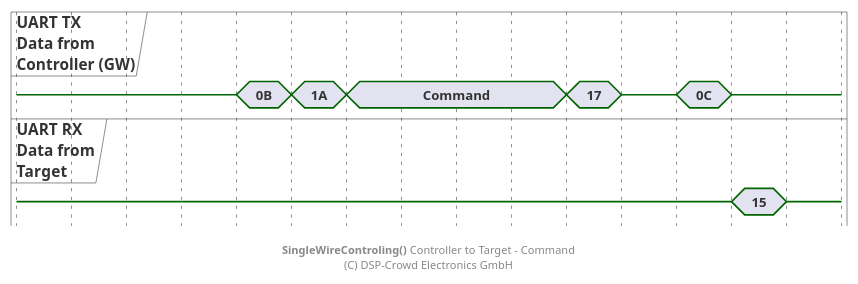
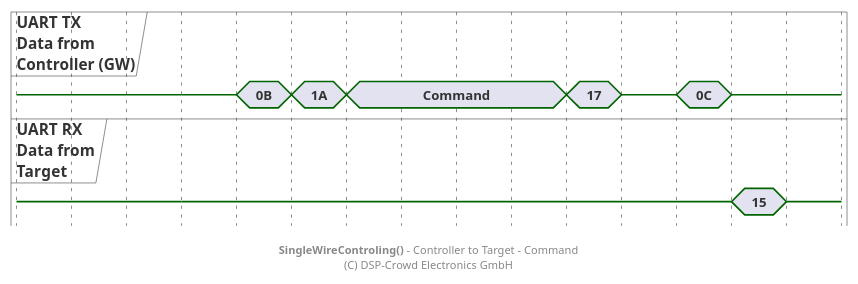
One commit to NoOrientationProgramming/code-orb changed the diagram in doc/system/protocol/B0_swt-ctrl-to-target_cmd.pu. Above: the diagram before and after it, drawn with PlantUML. The commit also changed 15 other files, not shown here.

```diff
--- a/doc/system/protocol/B0_swt-ctrl-to-target_cmd.pu
+++ b/doc/system/protocol/B0_swt-ctrl-to-target_cmd.pu
@@ -2,43 +2,43 @@
 @startuml
 
 hide time-axis
 
 concise "UART TX\nData from\nController (GW)" as ctrl
 concise "UART RX\nData from\nTarget" as tar
 
 @0
 ctrl is {-}
 tar is {-}
 
 @+60
 ctrl is {-}
 tar is {-}
 
 @+20
 ctrl is "0B"
 
 @+20
 ctrl is "1A"
 
 @+20
 ctrl is "Command"
 
 @+80
 ctrl is "17"
 
 @+20
 ctrl is {-}
 
 @+20
 ctrl is "0C"
 
 @+20
 ctrl is {-}
 tar is "15"
 
 @+20
 tar is {-}
 
-footer **SingleWireControling()** Controller to Target - Command\n(C) DSP-Crowd Electronics GmbH
+footer **SingleWireControling()** - Controller to Target - Command\n(C) DSP-Crowd Electronics GmbH
 
 @enduml
```
